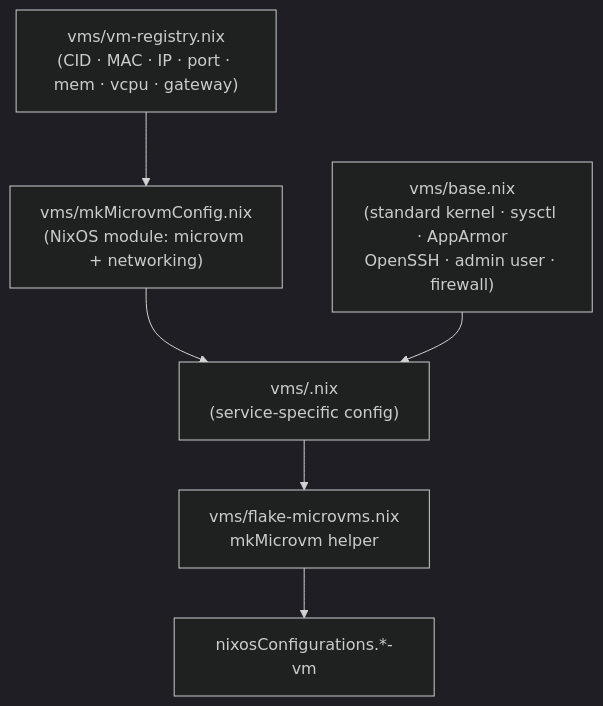
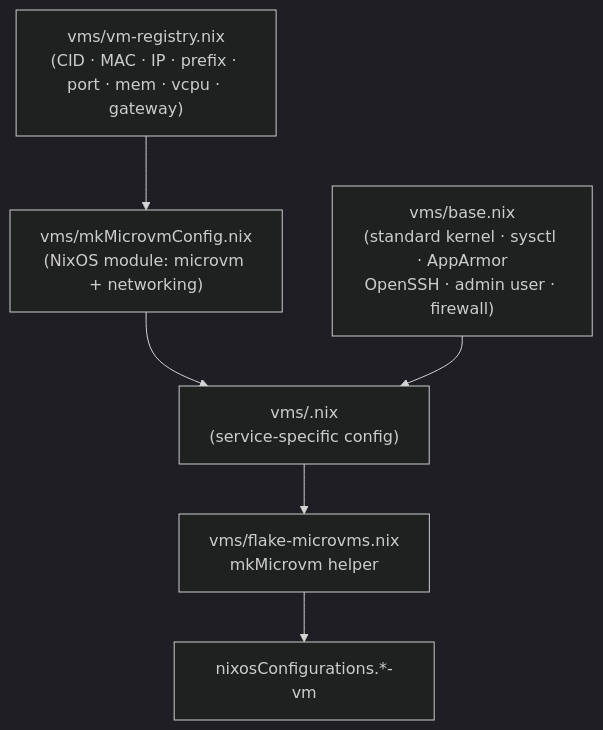
Before and after one commit to telometto/nix-config: the first of 2 diagrams in vms/README.md, drawn with Mermaid (dark theme). The commit also changed other lines of this file, not shown here.

````diff
--- a/vms/README.md
+++ b/vms/README.md
@@ -11,15 +12,15 @@
 ```mermaid
 flowchart TD
-    A["vms/vm-registry.nix\n(CID · MAC · IP · port · mem · vcpu · gateway)"]
+    A["vms/vm-registry.nix\n(CID · MAC · IP · prefix · port · mem · vcpu · gateway)"]
     B["vms/mkMicrovmConfig.nix\n(NixOS module: microvm + networking)"]
     C["vms/base.nix\n(standard kernel · sysctl · AppArmor\nOpenSSH · admin user · firewall)"]
     D["vms/<name>.nix\n(service-specific config)"]
     E["vms/flake-microvms.nix\nmkMicrovm helper"]
     F["nixosConfigurations.*-vm"]
 
     A --> B
     B --> D
     C --> D
     D --> E
     E --> F
 ```
````
